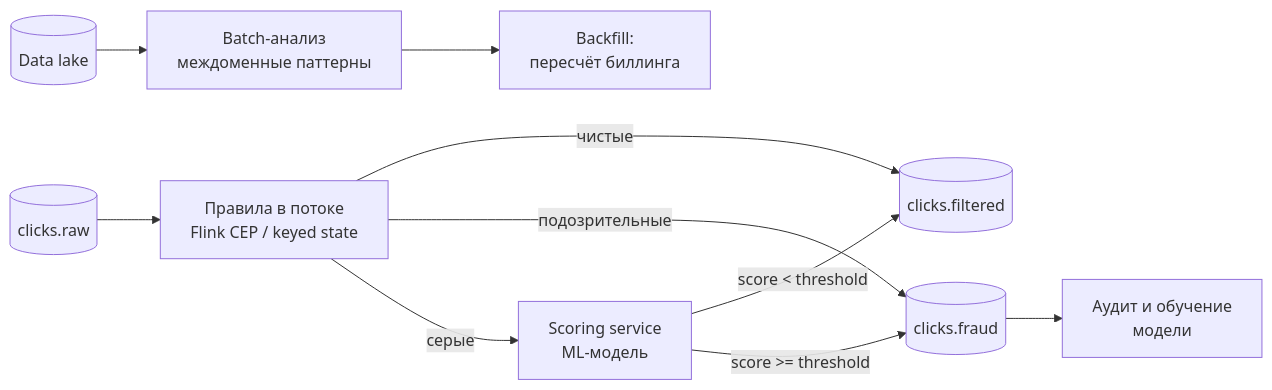
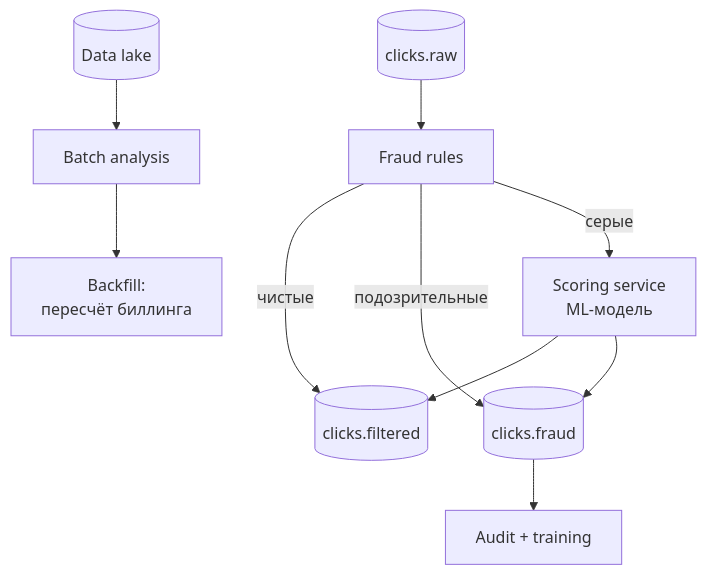
The fifth of 6 diagrams in 02-case-studies/ad-click-aggregation.md (AlohaJava/system-design-interview-chamkin), drawn with Mermaid before and after one commit. The commit also changed other lines of this file and 49 other files, not shown here.

````diff
--- a/02-case-studies/ad-click-aggregation.md
+++ b/02-case-studies/ad-click-aggregation.md
@@ -397,12 +391,12 @@
 ```mermaid
-flowchart LR
-    K[("clicks.raw")] --> F1["Правила в потоке<br/>Flink CEP / keyed state"]
+flowchart TB
+    K[("clicks.raw")] --> F1["Fraud rules"]
     F1 -->|чистые| KF[("clicks.filtered")]
     F1 -->|подозрительные| KFR[("clicks.fraud")]
     F1 -->|серые| FF["Scoring service<br/>ML-модель"]
-    FF -->|score < threshold| KF
-    FF -->|score >= threshold| KFR
-    KFR --> AUD["Аудит и обучение<br/>модели"]
-    LAKE[("Data lake")] --> BB["Batch-анализ<br/>междоменные паттерны"]
+    FF --> KF
+    FF --> KFR
+    KFR --> AUD["Audit + training"]
+    LAKE[("Data lake")] --> BB["Batch analysis"]
     BB --> BACKFILL["Backfill:<br/>пересчёт биллинга"]
 ```
````
